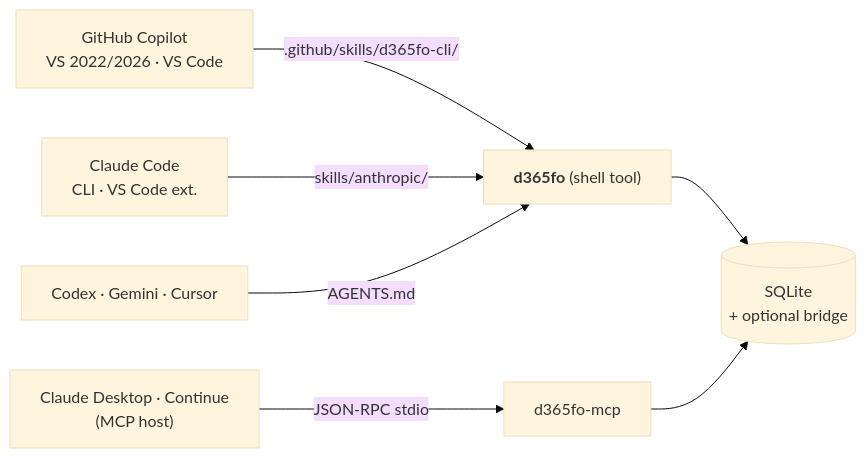
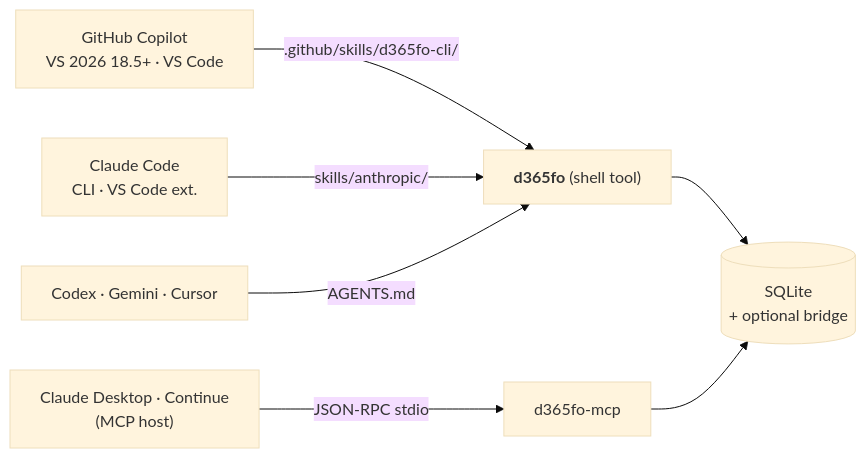
The second of 2 diagrams in docs/SETUP.md (dynamics365ninja/d365fo-cli), drawn with Mermaid (base theme) before and after one commit. The commit also changed other lines of this file and 4 other files, not shown here.

First line of the commit message:
docs(copilot): skills live next to the .sln and need VS 2026 18.5+ (#205)

````diff
--- a/docs/SETUP.md
+++ b/docs/SETUP.md
@@ -178,9 +178,9 @@
 ```mermaid
 flowchart LR
-    Cop["GitHub Copilot<br/>VS 2022/2026 · VS Code"] -->|.github/skills/d365fo-cli/| Bin
+    Cop["GitHub Copilot<br/>VS 2026 18.5+ · VS Code"] -->|.github/skills/d365fo-cli/| Bin
     Cla["Claude Code<br/>CLI · VS Code ext."]     -->|skills/anthropic/| Bin
     Other["Codex · Gemini · Cursor"]              -->|AGENTS.md| Bin
     Mcp["Claude Desktop · Continue<br/>(MCP host)"] -->|JSON-RPC stdio| Mbin["d365fo-mcp"]
     Bin["<b>d365fo</b> (shell tool)"] --> Idx[("SQLite<br/>+ optional bridge")]
     Mbin --> Idx
 ```
````
